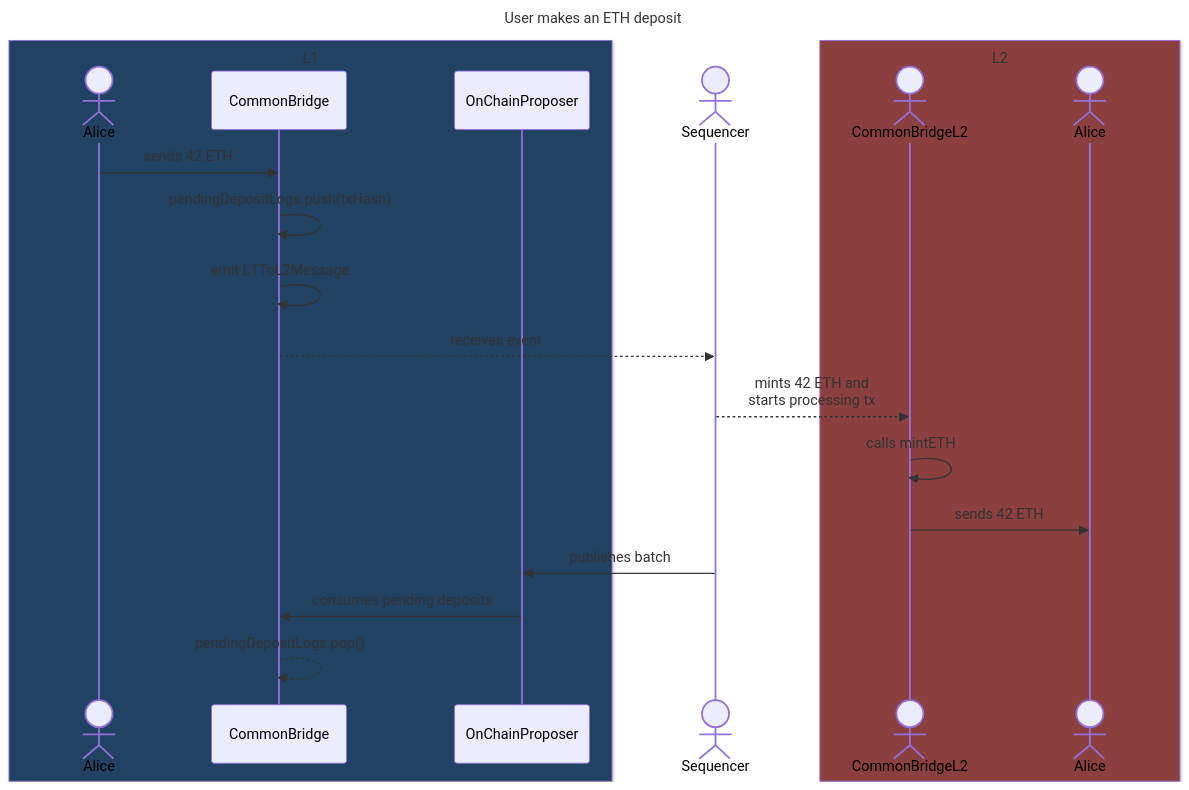
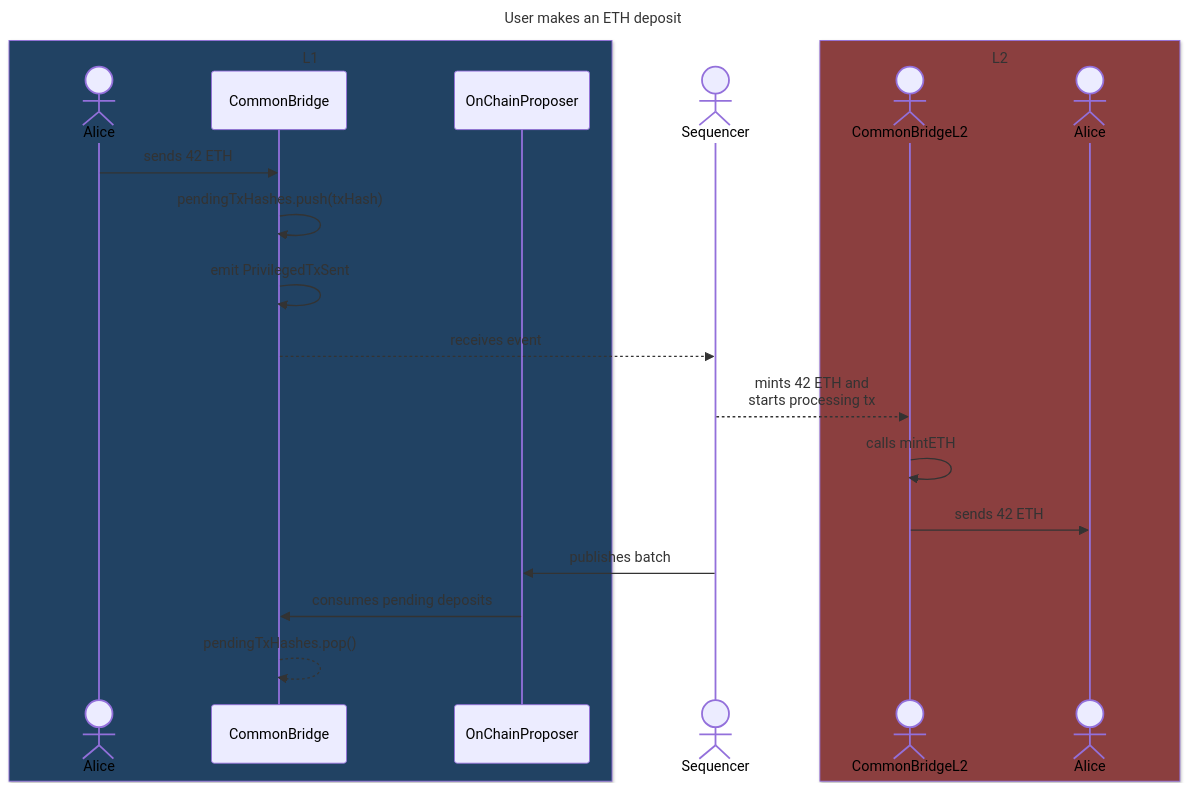
Before and after one commit to lambdaclass/ethrex: the first of 3 diagrams in docs/l2/deposits.md, drawn with Mermaid. The commit also changed other lines of this file, not shown here.

````diff
--- a/docs/l2/deposits.md
+++ b/docs/l2/deposits.md
@@ -52,31 +51,31 @@
 ```mermaid
 ---
 title: User makes an ETH deposit
 ---
 sequenceDiagram
     box rgb(33,66,99) L1
         actor L1Alice as Alice
         participant CommonBridge
         participant OnChainProposer
     end
 
     actor Sequencer
 
     box rgb(139, 63, 63) L2
         actor CommonBridgeL2
         actor L2Alice as Alice
     end
 
     L1Alice->>CommonBridge: sends 42 ETH
-    CommonBridge->>CommonBridge: pendingDepositLogs.push(txHash)
-    CommonBridge->>CommonBridge: emit L1ToL2Message
+    CommonBridge->>CommonBridge: pendingTxHashes.push(txHash)
+    CommonBridge->>CommonBridge: emit PrivilegedTxSent
 
     CommonBridge-->>Sequencer: receives event
     Sequencer-->>CommonBridgeL2: mints 42 ETH and<br>starts processing tx
     CommonBridgeL2->>CommonBridgeL2: calls mintETH
     CommonBridgeL2->>L2Alice: sends 42 ETH
 
     Sequencer->>OnChainProposer: publishes batch
     OnChainProposer->>CommonBridge: consumes pending deposits
-    CommonBridge-->>CommonBridge: pendingDepositLogs.pop()
+    CommonBridge-->>CommonBridge: pendingTxHashes.pop()
 ```
````
